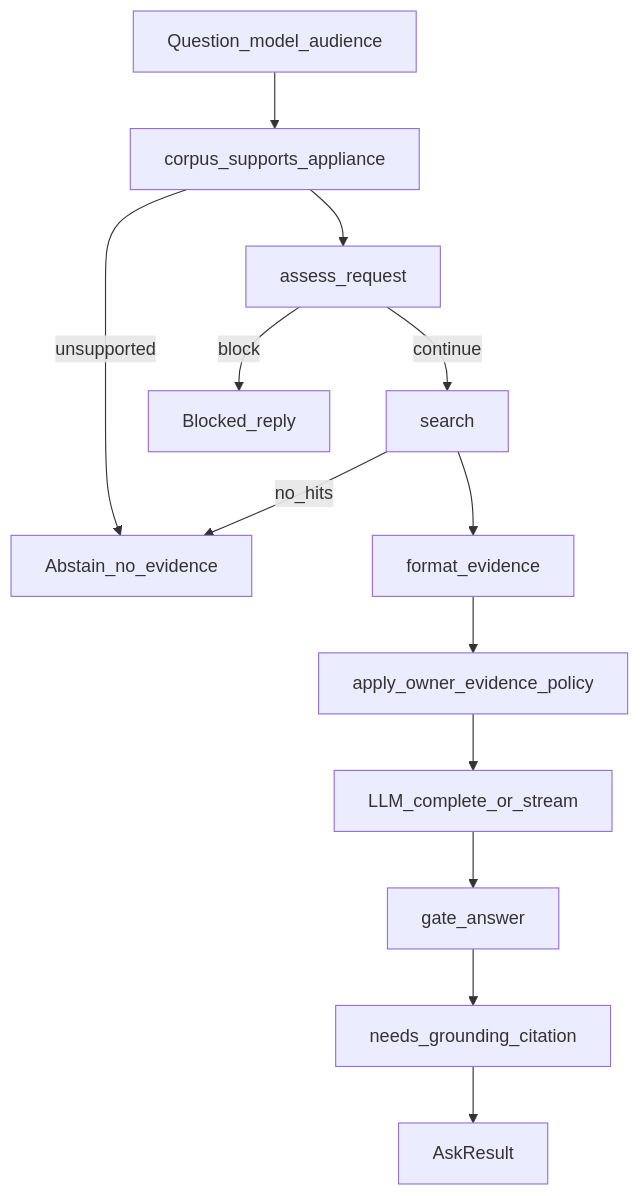
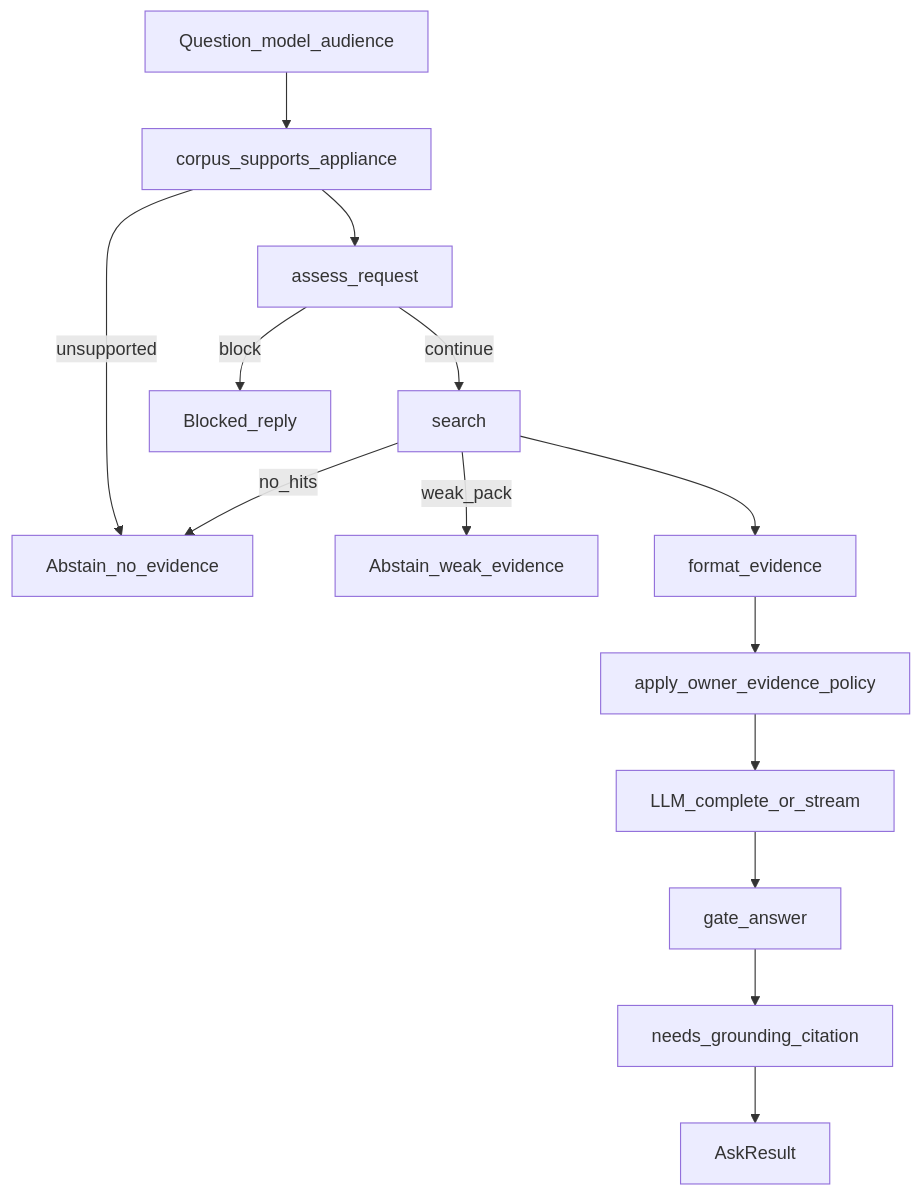
Before and after one commit to raghuram-chittibomma/ai-repair-assistant: the second of 3 diagrams in docs/architecture/05-runtime-ask-diagnose.md, drawn with Mermaid. The commit also changed other lines of this file and 10 other files, not shown here.

First line of the commit message:
Add pre-LLM weak-evidence abstain gate (ADR-0052).

````diff
--- a/docs/architecture/05-runtime-ask-diagnose.md
+++ b/docs/architecture/05-runtime-ask-diagnose.md
@@ -42,28 +42,29 @@
 ```mermaid
 flowchart TD
   q[Question_model_audience]
   support[corpus_supports_appliance]
   assess[assess_request]
   block[Blocked_reply]
   search[search]
   empty[Abstain_no_evidence]
   fmt[format_evidence]
   ownerPol[apply_owner_evidence_policy]
   gen[LLM_complete_or_stream]
   gate[gate_answer]
   citeCheck[needs_grounding_citation]
   out[AskResult]
 
   q --> support
   support -->|unsupported| empty
   support --> assess
   assess -->|block| block
   assess -->|continue| search
   search -->|no_hits| empty
+  search -->|weak_pack| weak[Abstain_weak_evidence]
   search --> fmt
   fmt --> ownerPol
   ownerPol --> gen
   gen --> gate
   gate --> citeCheck
   citeCheck --> out
 ```
````
